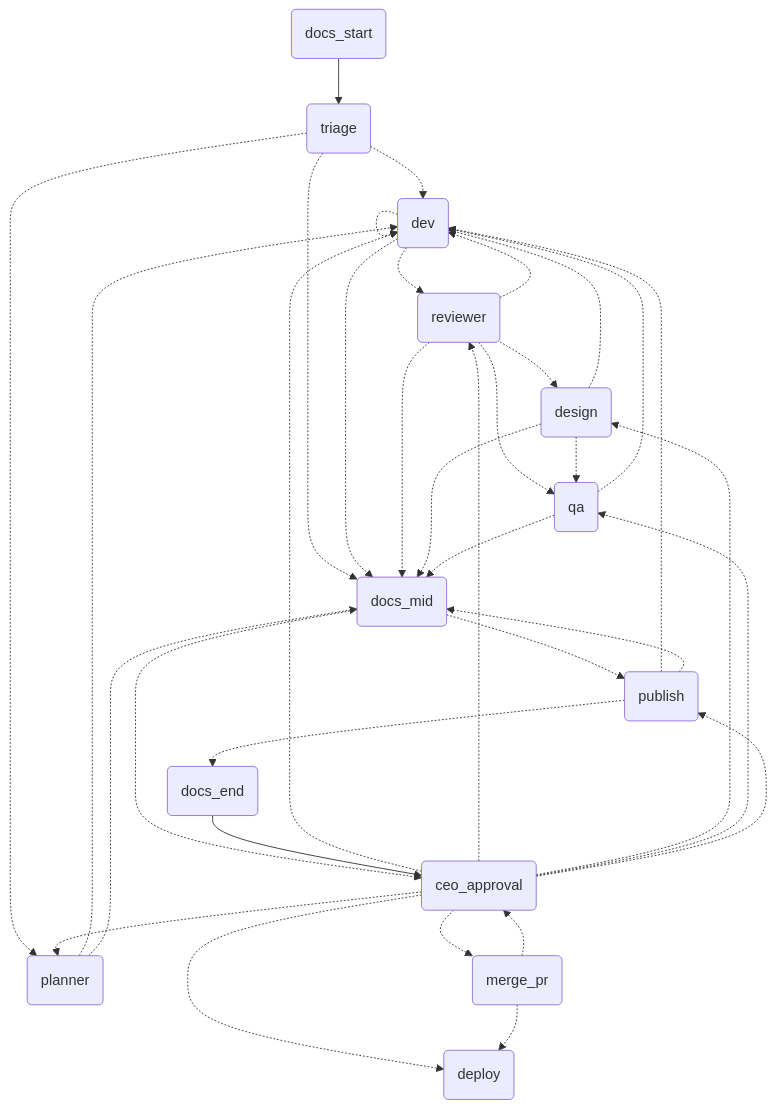
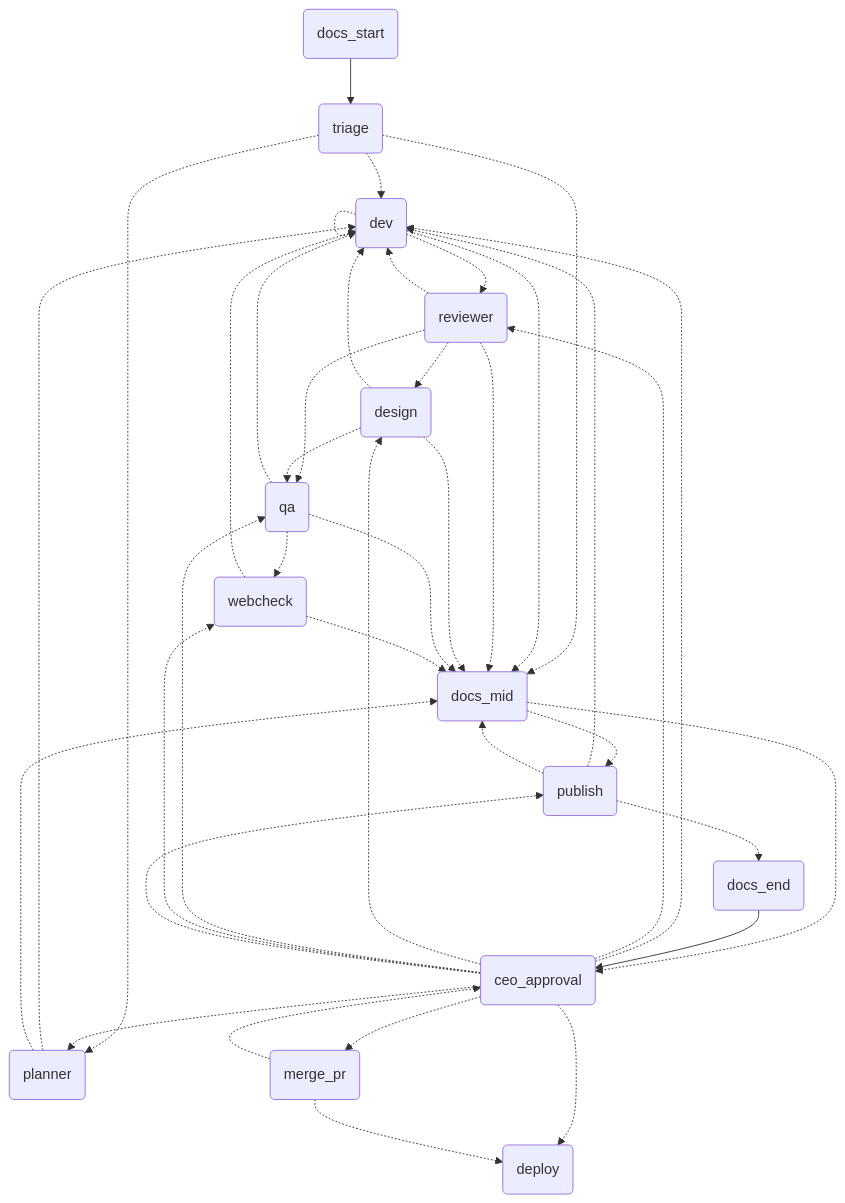
Before and after one commit to venturelli-91/agent-softhouse-orchestrator: the diagram in orchestrator/README.md, drawn with Mermaid. The commit also changed other lines of this file and 10 other files, not shown here.

````diff
--- a/orchestrator/README.md
+++ b/orchestrator/README.md
@@ -5,50 +5,55 @@
 ```mermaid
 graph TD;
   docs_start(docs_start)
   docs_mid(docs_mid)
   docs_end(docs_end)
   triage(triage)
   planner(planner)
   dev(dev)
   reviewer(reviewer)
   design(design)
   qa(qa)
+  webcheck(webcheck)
   publish(publish)
   ceo_approval(ceo_approval)
   merge_pr(merge_pr)
   deploy(deploy)
   docs_start --> triage;
   triage -.-> dev;
   triage -.-> planner;
   triage -.-> docs_mid;
   planner -.-> dev;
   planner -.-> docs_mid;
   dev -.-> reviewer;
   dev -.-> docs_mid;
   reviewer -.-> design;
   reviewer -.-> qa;
   reviewer -.-> dev;
   reviewer -.-> docs_mid;
   design -.-> qa;
   design -.-> dev;
   design -.-> docs_mid;
+  qa -.-> webcheck;
+  qa -.-> dev;
   qa -.-> docs_mid;
-  qa -.-> dev;
+  webcheck -.-> docs_mid;
+  webcheck -.-> dev;
   publish -.-> docs_end;
   publish -.-> dev;
   publish -.-> docs_mid;
   docs_mid -.-> publish;
   docs_mid -.-> ceo_approval;
   docs_end --> ceo_approval;
   ceo_approval -.-> dev;
   ceo_approval -.-> planner;
   ceo_approval -.-> reviewer;
   ceo_approval -.-> design;
   ceo_approval -.-> qa;
+  ceo_approval -.-> webcheck;
   ceo_approval -.-> publish;
   ceo_approval -.-> deploy;
   ceo_approval -.-> merge_pr;
   merge_pr -.-> deploy;
   merge_pr -.-> ceo_approval;
   dev -.-> dev;
 ```
````
